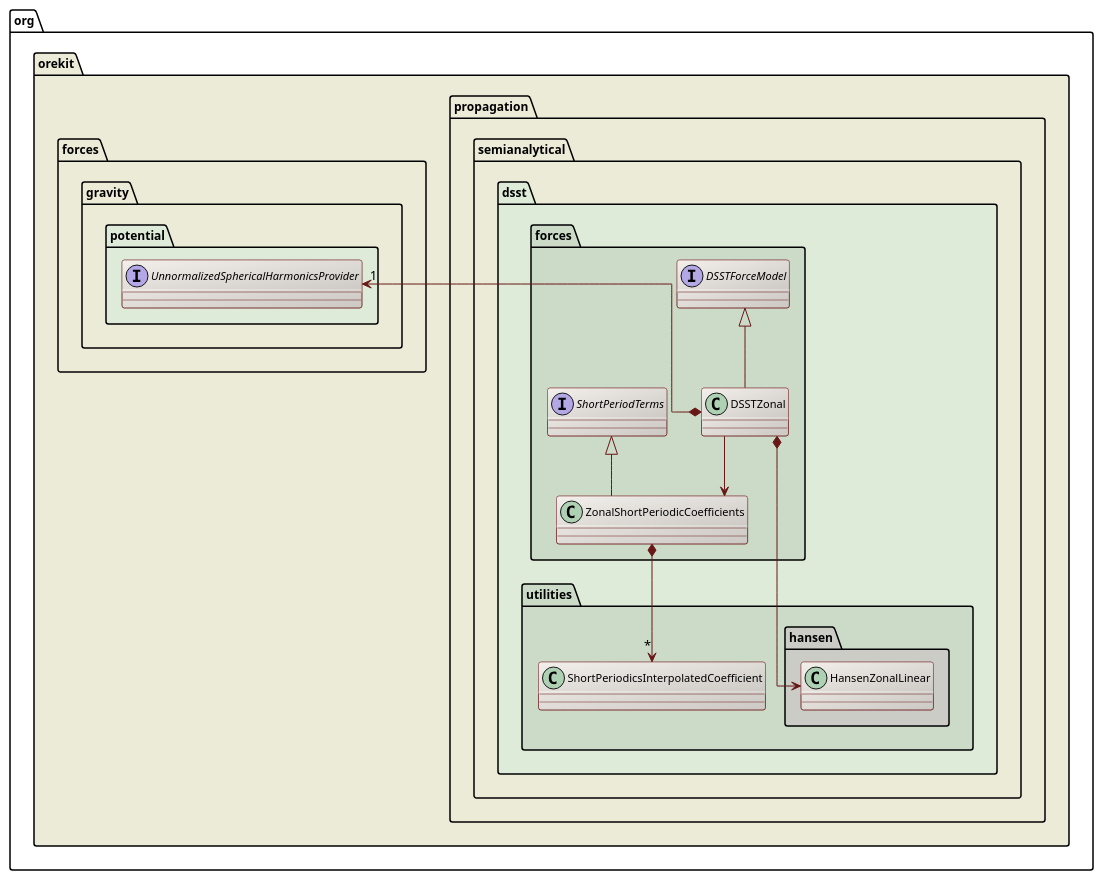
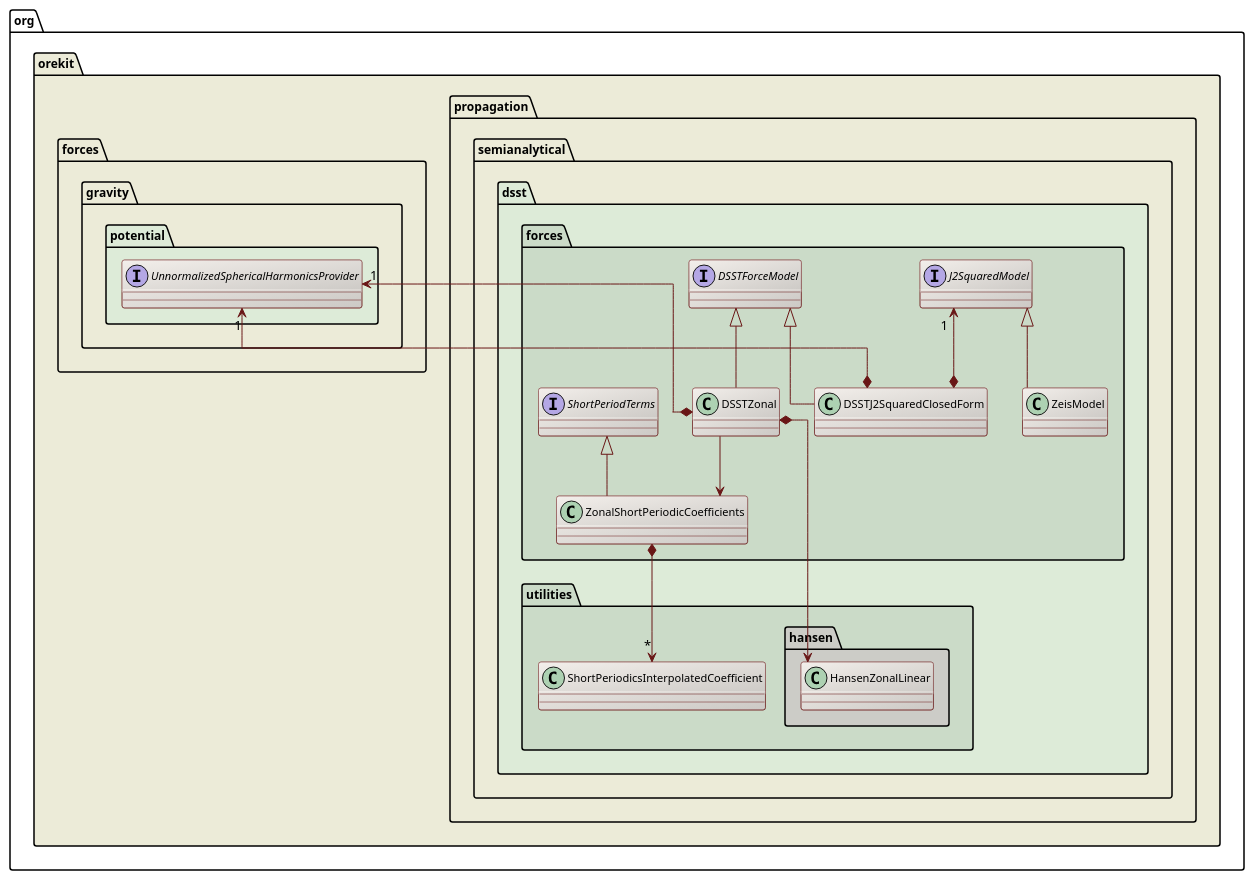
One commit to CS-SI/Orekit changed the diagram in src/design/dsst-zonal-contribution-class-diagram.puml. Above: the diagram before and after it, drawn with PlantUML. The commit also changed 10 other files, not shown here.

First line of the commit message:
Added Zeis model for DSST J2-squared second order terms.

```diff
--- a/src/design/dsst-zonal-contribution-class-diagram.puml
+++ b/src/design/dsst-zonal-contribution-class-diagram.puml
@@ -17,41 +17,46 @@
 @startuml
 
   skinparam svek                  true
   skinparam ClassBackgroundColor  #F3EFEB/CCC9C5
   skinparam ClassArrowColor       #691616
   skinparam ClassBorderColor      #691616
   skinparam NoteBackgroundColor   #F3EFEB
   skinparam NoteBorderColor       #691616
   skinparam NoteFontColor         #691616
   skinparam ClassFontSize         11
   skinparam PackageFontSize       12
   skinparam linetype              ortho
 
   package org.orekit #ECEBD8 {
 
     package propagation.semianalytical.dsst #DDEBD8 {
 
       Package forces #CBDBC8 {
         interface DSSTForceModel
         interface ShortPeriodTerms
+        interface J2SquaredModel
         DSSTForceModel <|-- DSSTZonal
         DSSTZonal --> ZonalShortPeriodicCoefficients
         ShortPeriodTerms <|-- ZonalShortPeriodicCoefficients
+        DSSTForceModel <|-- DSSTJ2SquaredClosedForm
+        J2SquaredModel "1" <--* DSSTJ2SquaredClosedForm
+        J2SquaredModel <|-- ZeisModel
       }
 
       package utilities #CBDBC8 {
         package hansen #CCCCC7 {
           class HansenZonalLinear
         }
           ZonalShortPeriodicCoefficients *--> "*" ShortPeriodicsInterpolatedCoefficient
           DSSTZonal *--> HansenZonalLinear
        }
     }
 
       package forces.gravity.potential #DDEBD8 {
           interface UnnormalizedSphericalHarmonicsProvider
           UnnormalizedSphericalHarmonicsProvider "1" <--* DSSTZonal
+          UnnormalizedSphericalHarmonicsProvider "1" <--* DSSTJ2SquaredClosedForm
       }
   }
 
 @enduml
```
